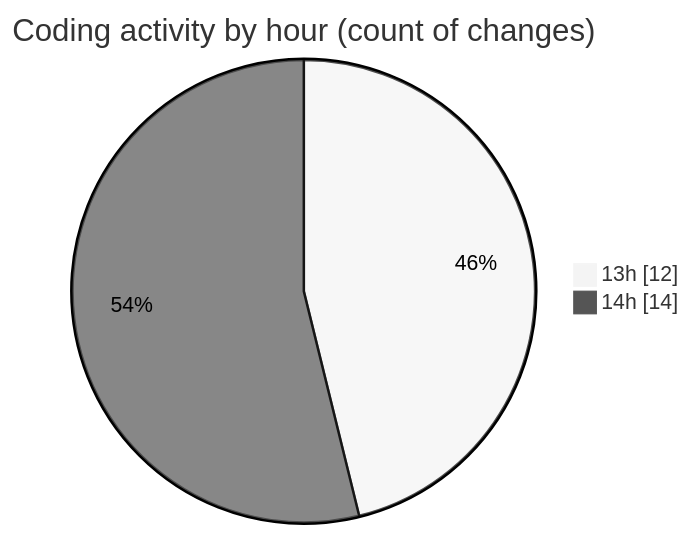
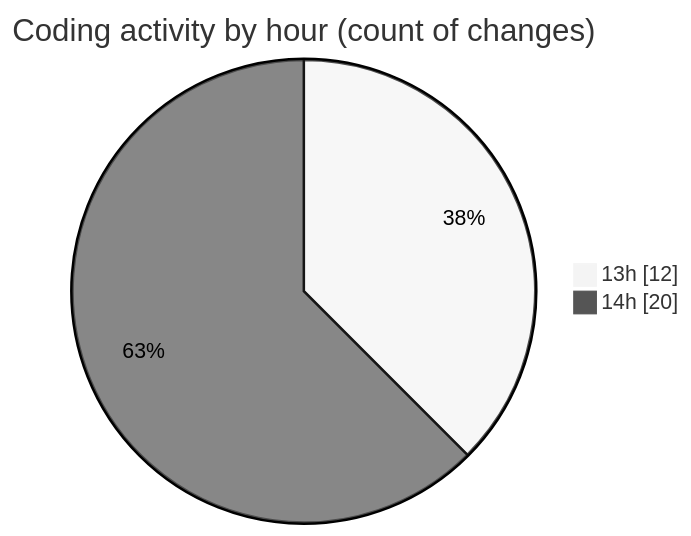
The second of 2 diagrams in 2025-03-15/sharpmasm/README.md (charlie-sans/code-tracking), drawn with Mermaid (neutral theme) before and after one commit. The commit also changed other lines of this file and 1 other file, not shown here.

````diff
--- a/2025-03-15/sharpmasm/README.md
+++ b/2025-03-15/sharpmasm/README.md
@@ -37,6 +37,6 @@
 ```mermaid
 pie showData
 title Coding activity by hour (count of changes)
 "13h" : 12
-"14h" : 14
+"14h" : 20
 ```
````
